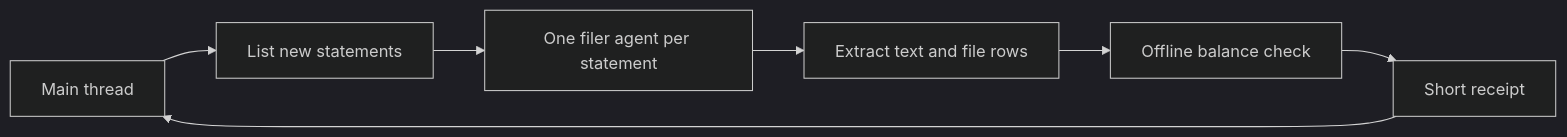
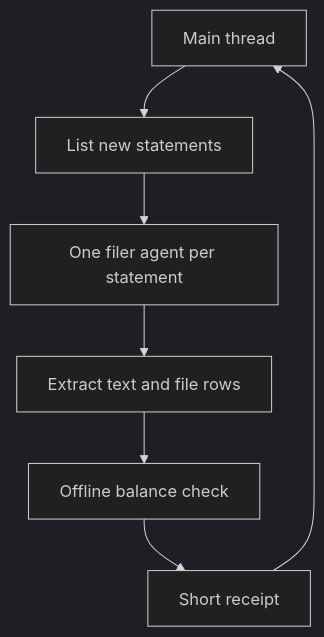
One commit to DadyByte/claude-skills changed the diagram in docs/how-i-write-skills.md. Above: the diagram before and after it, drawn with Mermaid (dark theme).

Commit message:
Draw the wide diagrams top-down
GitHub's zoom controls covered the last box of the left-to-right
diagrams.

````diff
--- a/docs/how-i-write-skills.md
+++ b/docs/how-i-write-skills.md
@@ -53,9 +53,9 @@
 ```mermaid
-flowchart LR
+flowchart TD
   A[Main thread] --> B[List new statements]
   B --> C[One filer agent per statement]
   C --> D[Extract text and file rows]
   D --> E[Offline balance check]
   E --> F[Short receipt]
   F --> A
 ```
````
